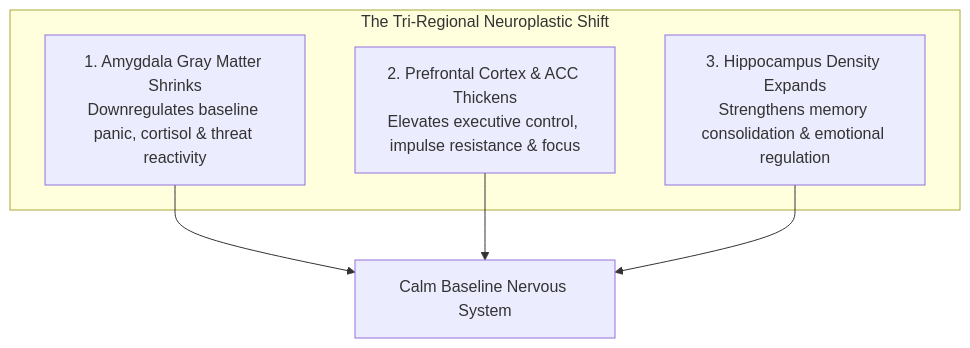
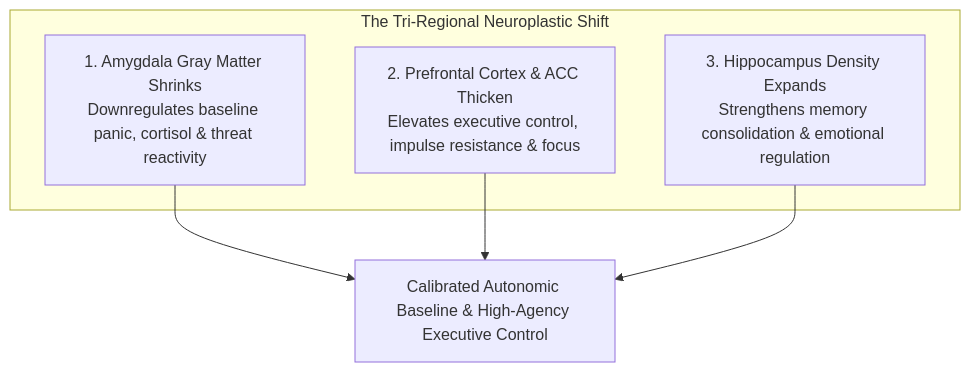
Before and after one commit to vs00918/aravalli: the second of 7 diagrams in knowledge-tree/nodes/chapter-22-the-neurobiology-of-meditation.md, drawn with Mermaid. The commit also changed other lines of this file and 3 other files, not shown here.

````diff
--- a/knowledge-tree/nodes/chapter-22-the-neurobiology-of-meditation.md
+++ b/knowledge-tree/nodes/chapter-22-the-neurobiology-of-meditation.md
@@ -17,12 +57,12 @@
 ```mermaid
 graph TD
     subgraph The Tri-Regional Neuroplastic Shift
-        A[1. Amygdala Gray Matter Shrinks<br>Downregulates baseline panic, cortisol & threat reactivity]
-        B[2. Prefrontal Cortex & ACC Thickens<br>Elevates executive control, impulse resistance & focus]
-        C[3. Hippocampus Density Expands<br>Strengthens memory consolidation & emotional regulation]
+        A["1. Amygdala Gray Matter Shrinks<br/>Downregulates baseline panic, cortisol & threat reactivity"]
+        B["2. Prefrontal Cortex & ACC Thicken<br/>Elevates executive control, impulse resistance & focus"]
+        C["3. Hippocampus Density Expands<br/>Strengthens memory consolidation & emotional regulation"]
     end
 
-    A --> S[Calm Baseline Nervous System]
+    A --> S["Calibrated Autonomic Baseline & High-Agency Executive Control"]
     B --> S
     C --> S
 ```
````
